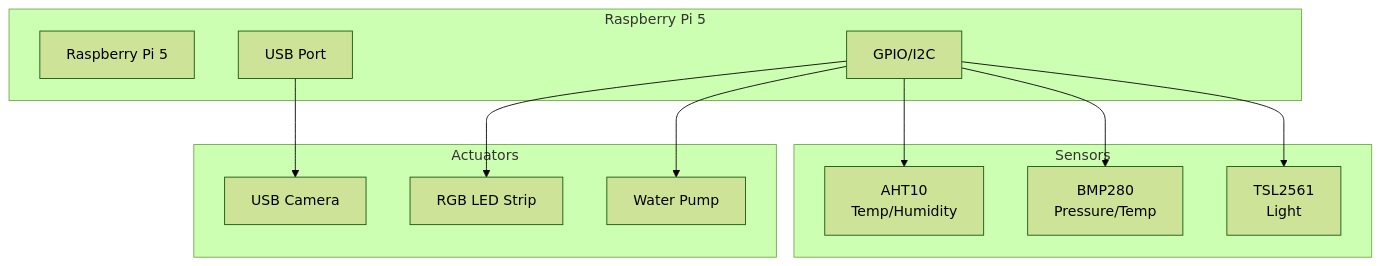
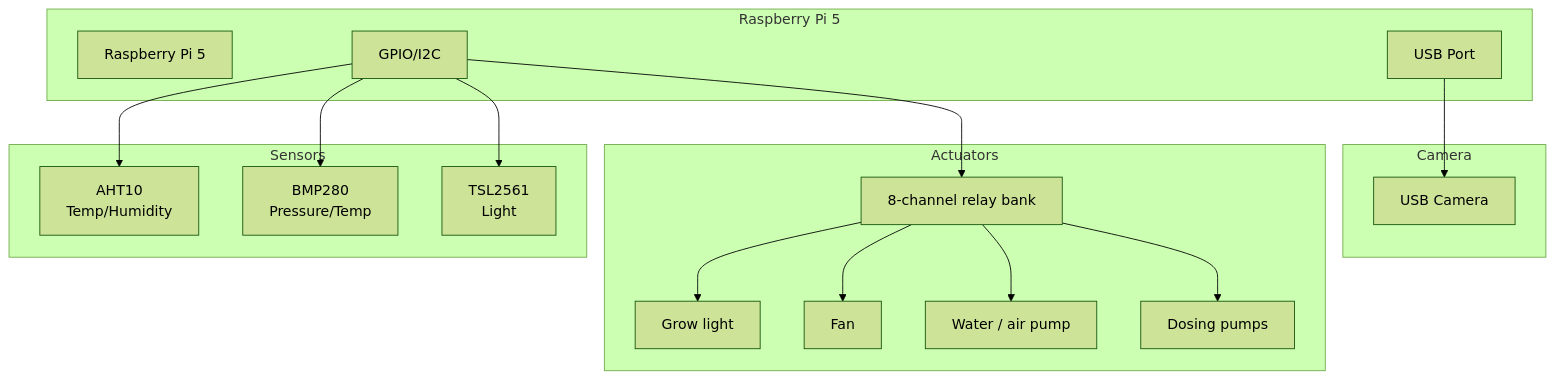
The first of 5 diagrams in docs/architecture/diagrams.md (GreenThumbProject/docs), drawn with Mermaid (forest theme) before and after one commit. The commit also changed other lines of this file and 36 other files, not shown here.

````diff
--- a/docs/architecture/diagrams.md
+++ b/docs/architecture/diagrams.md
@@ -7,27 +7,36 @@
 ```mermaid
 graph TB
     subgraph "Raspberry Pi 5"
         RPI[Raspberry Pi 5]
         GPIO[GPIO/I2C]
         USB[USB Port]
     end
     
     subgraph "Sensors"
         AHT[AHT10<br/>Temp/Humidity]
         BMP[BMP280<br/>Pressure/Temp]
         TSL[TSL2561<br/>Light]
     end
     
+    subgraph "Camera"
+        CAM[USB Camera]
+    end
+    
     subgraph "Actuators"
-        CAM[USB Camera]
-        LED[RGB LED Strip]
-        PUMP[Water Pump]
+        RELAY[8-channel relay bank]
+        LIGHT[Grow light]
+        FAN[Fan]
+        PUMP["Water / air pump"]
+        DOSE[Dosing pumps]
     end
     
     GPIO --> AHT
     GPIO --> BMP
     GPIO --> TSL
     USB --> CAM
-    GPIO --> LED
-    GPIO --> PUMP
+    GPIO --> RELAY
+    RELAY --> LIGHT
+    RELAY --> FAN
+    RELAY --> PUMP
+    RELAY --> DOSE
 ```
````
